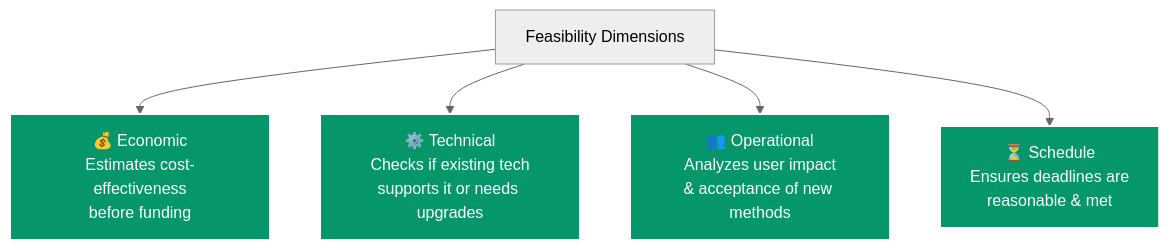
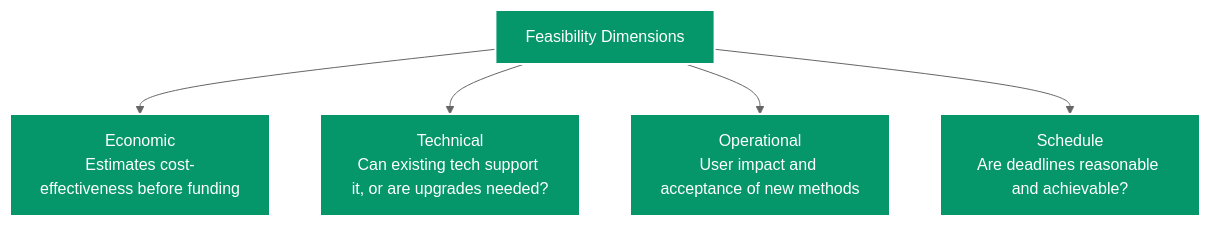
One commit to Hager-ali191/SAAD changed the fourth of 8 diagrams in Lec 1.md. Above: the diagram before and after it, drawn with Mermaid (neutral theme). The commit also changed other lines of this file, not shown here.

````diff
--- a/Lec 1.md
+++ b/Lec 1.md
@@ -62,9 +98,9 @@
 ```mermaid
 graph TD
     classDef dim fill:#059669,stroke:#fff,stroke-width:2px,color:#fff;
-    
-    F[Feasibility Dimensions] --> E["💰 Economic<br/>Estimates cost-effectiveness<br/>before funding"]:::dim
-    F --> T["⚙️ Technical<br/>Checks if existing tech<br/>supports it or needs upgrades"]:::dim
-    F --> O["👥 Operational<br/>Analyzes user impact<br/>& acceptance of new methods"]:::dim
-    F --> S["⏳ Schedule<br/>Ensures deadlines are<br/>reasonable & met"]:::dim
+
+    F[Feasibility Dimensions]:::dim --> E["Economic<br/>Estimates cost-effectiveness before funding"]:::dim
+    F --> T["Technical<br/>Can existing tech support it, or are upgrades needed?"]:::dim
+    F --> O["Operational<br/>User impact and acceptance of new methods"]:::dim
+    F --> S["Schedule<br/>Are deadlines reasonable and achievable?"]:::dim
 ```
````
